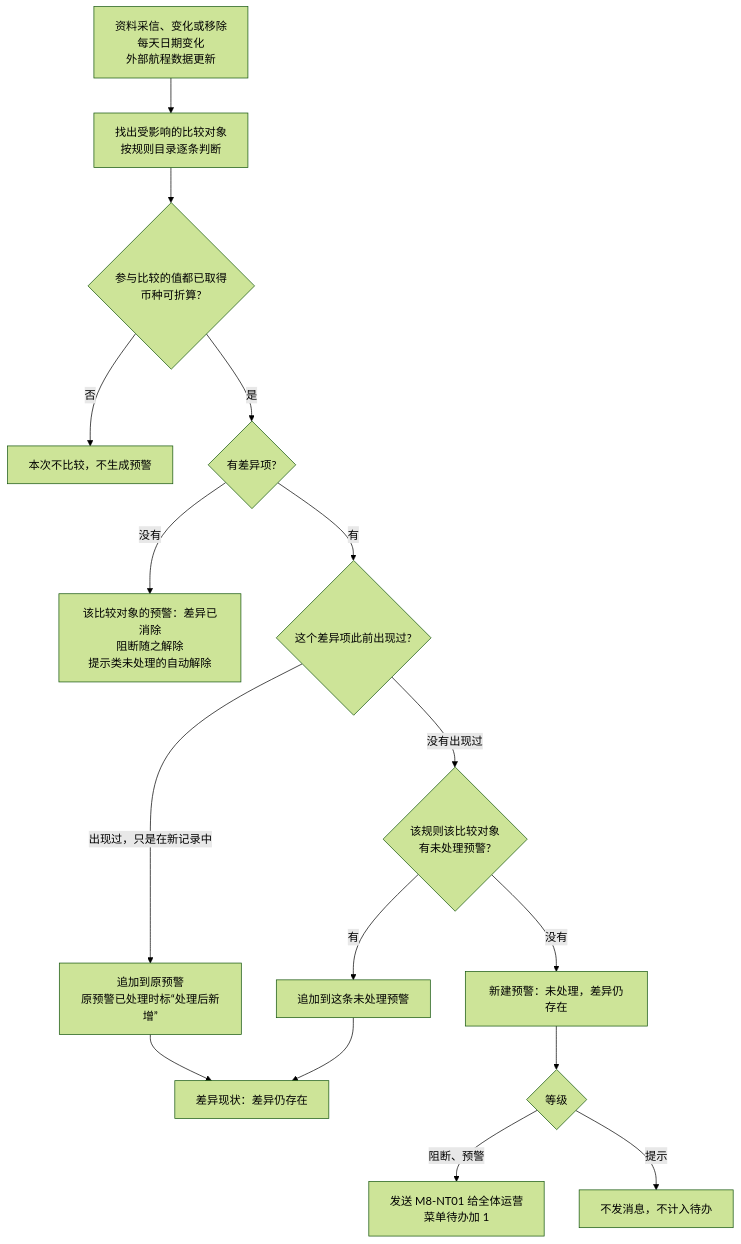
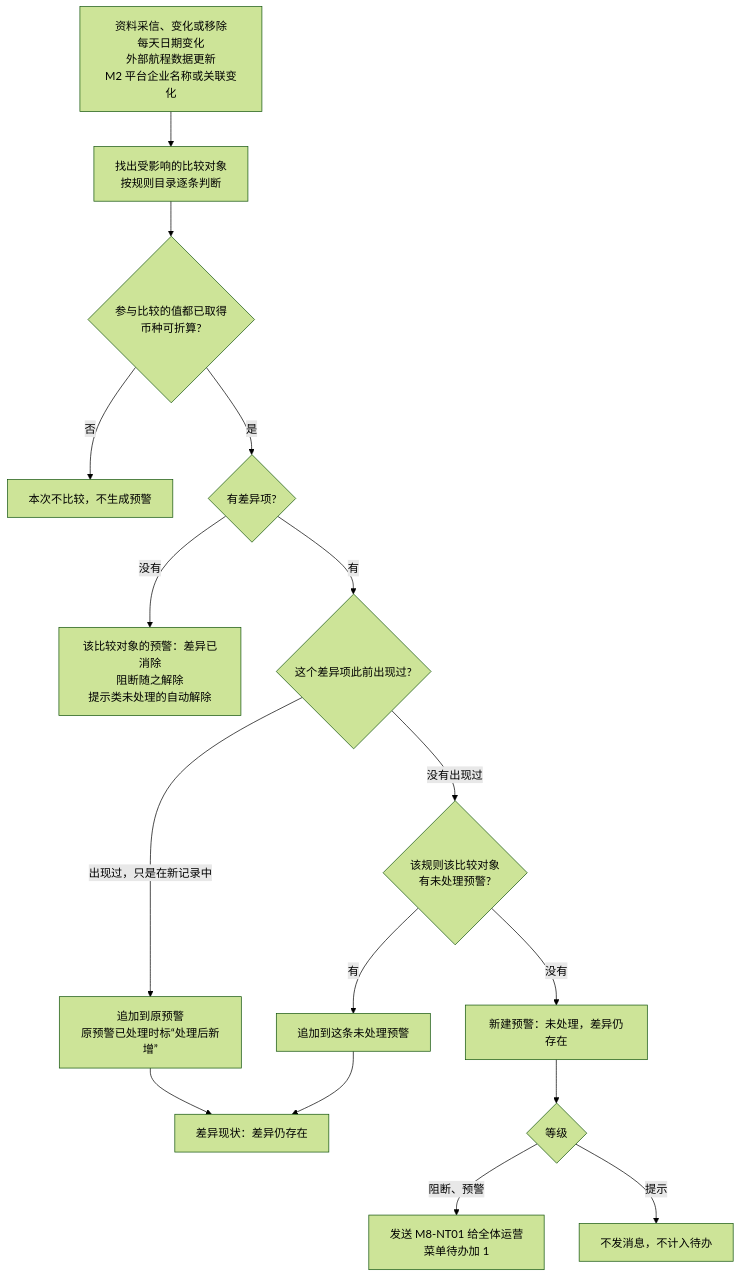
One commit to wxblockchain/Chain-Financing changed the first of 7 diagrams in asset-trust-platform/PRD/运营端/M8-风控预警与三方数据源/02-风控预警与三方数据源-流程图与状态机.md. Above: the diagram before and after it, drawn with Mermaid (forest theme). The commit also changed 4 other files, not shown here.

````diff
--- a/asset-trust-platform/PRD/运营端/M8-风控预警与三方数据源/02-风控预警与三方数据源-流程图与状态机.md
+++ b/asset-trust-platform/PRD/运营端/M8-风控预警与三方数据源/02-风控预警与三方数据源-流程图与状态机.md
@@ -19,18 +19,18 @@
 ```mermaid
 flowchart TD
-    A[资料采信、变化或移除<br/>每天日期变化<br/>外部航程数据更新] --> B[找出受影响的比较对象<br/>按规则目录逐条判断]
+    A[资料采信、变化或移除<br/>每天日期变化<br/>外部航程数据更新<br/>M2 平台企业名称或关联变化] --> B[找出受影响的比较对象<br/>按规则目录逐条判断]
     B --> C{参与比较的值都已取得<br/>币种可折算?}
     C -->|否| X[本次不比较，不生成预警]
     C -->|是| D{有差异项?}
     D -->|没有| F[该比较对象的预警：差异已消除<br/>阻断随之解除<br/>提示类未处理的自动解除]
     D -->|有| G{这个差异项此前出现过?}
     G -->|出现过，只是在新记录中| H[追加到原预警<br/>原预警已处理时标“处理后新增”]
     G -->|没有出现过| I{该规则该比较对象<br/>有未处理预警?}
     I -->|有| J[追加到这条未处理预警]
     I -->|没有| K[新建预警：未处理，差异仍存在]
     K --> L{等级}
     L -->|阻断、预警| M[发送 M8-NT01 给全体运营<br/>菜单待办加 1]
     L -->|提示| N[不发消息，不计入待办]
     H --> O[差异现状：差异仍存在]
     J --> O
 ```
````
